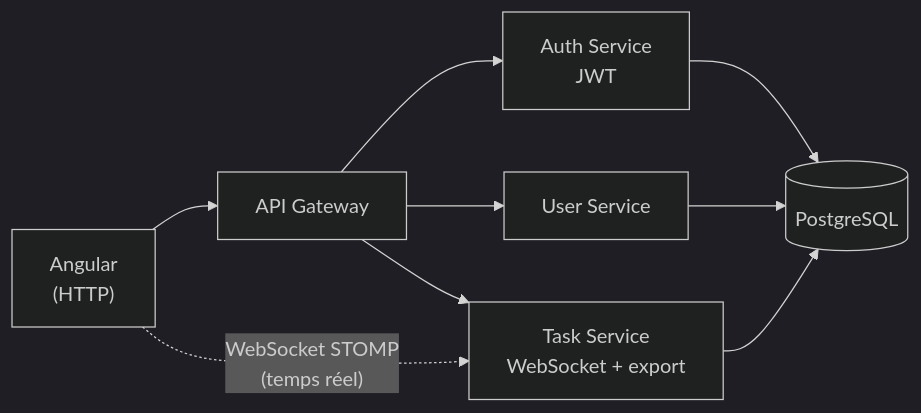
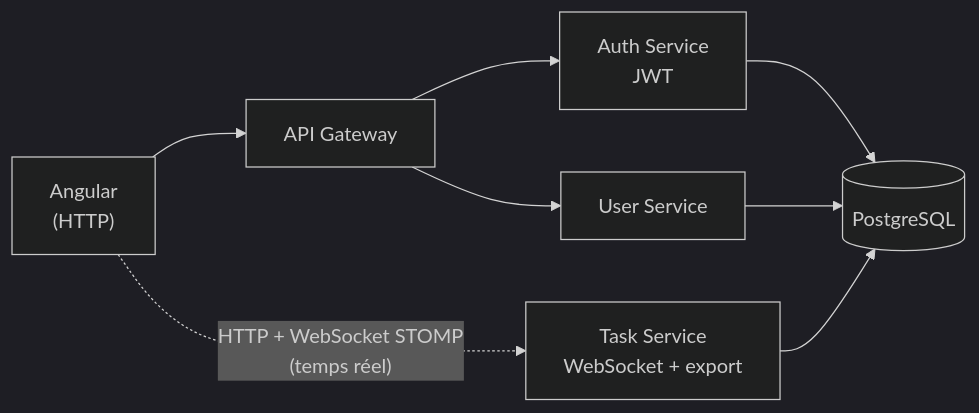
The diagram in README.md (Safa-rouatbi/task-planner-microservices), drawn with Mermaid (dark theme) before and after one commit. The commit also changed other lines of this file, not shown here.

Commit message:
docs: precise le readme (architecture, defis techniques, lancement)

````diff
--- a/README.md
+++ b/README.md
@@ -22,13 +26,12 @@
 ```mermaid
 flowchart LR
     FE["Angular\n(HTTP)"] --> GW["API Gateway"]
-    FE -."WebSocket STOMP\n(temps réel)".-> TS
+    FE -."HTTP + WebSocket STOMP\n(temps réel)".-> TS["Task Service\nWebSocket + export"]
 
     GW --> AUTH["Auth Service\nJWT"]
     GW --> US["User Service"]
-    GW --> TS["Task Service\nWebSocket + export"]
 
     AUTH --> DB[(PostgreSQL)]
     US --> DB
     TS --> DB
 ```
````
